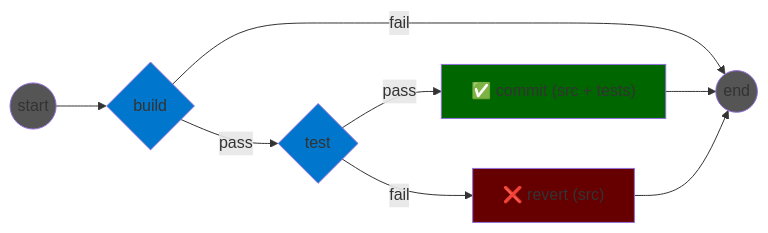
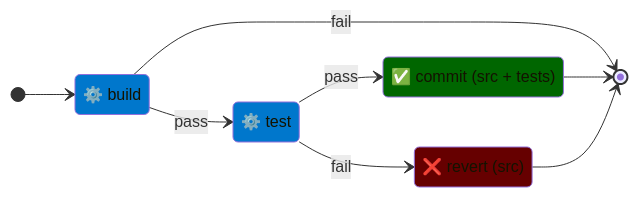
The diagram in variants-doc/variant-relaxed.mermaid (murex/TCR), drawn with Mermaid before and after one commit. The commit also changed 2 other files, not shown here.

Commit message:
[#674] Change mermaid diagrams to state diagrams instead of graphs

```diff
--- a/variants-doc/variant-relaxed.mermaid
+++ b/variants-doc/variant-relaxed.mermaid
@@ -1,25 +1,20 @@
-graph LR
-    START((start))
-    BUILD{build}
-    TEST{test}
-    COMMIT["✅ commit (src + tests)"]
-    REVERT["❌ revert (src)"]
-    END((end))
-    START --> BUILD
-    BUILD -->|pass| TEST
-    BUILD -->|fail| END
-    TEST -->|pass| COMMIT
-    TEST -->|fail| REVERT
-    COMMIT --> END
-    REVERT --> END
-    classDef boundaryclass fill: #555555
-    classDef buildclass fill: #0077CC
-    classDef testclass fill: #0077CC
-    classDef okclass fill: #006600
-    classDef failclass fill: #660000
-    class START boundaryclass
-    class BUILD buildclass
-    class TEST testclass
-    class COMMIT okclass
-    class REVERT failclass
-    class END boundaryclass
+stateDiagram-v2
+    direction LR
+    state "⚙️ build" as Build
+    state "⚙️ test" as Test
+    state "✅ commit (src + tests)" as Commit
+    state "❌ revert (src)" as Revert
+    [*] --> Build
+    Build --> Test: pass
+    Build --> [*]: fail
+    Test --> Commit: pass
+    Test --> Revert: fail
+    Commit --> [*]
+    Revert --> [*]
+    classDef actionClass fill: #0077CC
+    classDef okClass fill: #006600
+    classDef failClass fill: #660000
+    class Build actionClass
+    class Test actionClass
+    class Commit okClass
+    class Revert failClass
```
